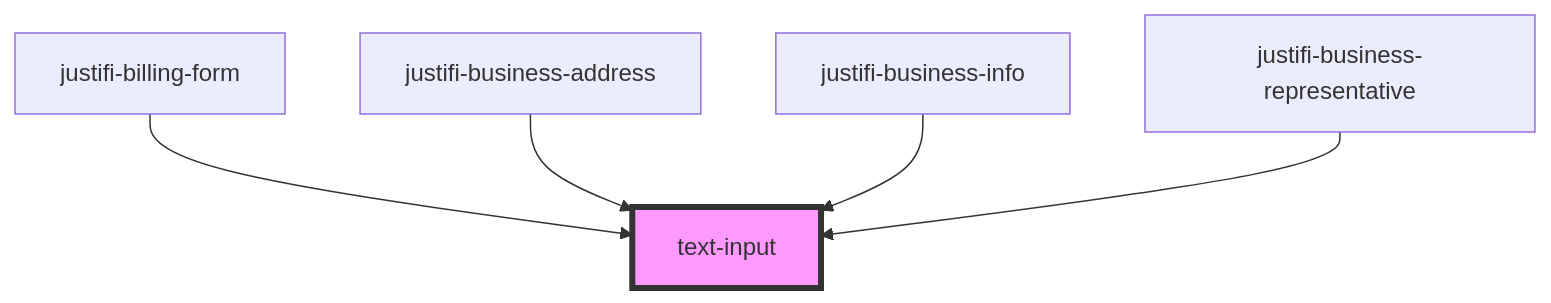
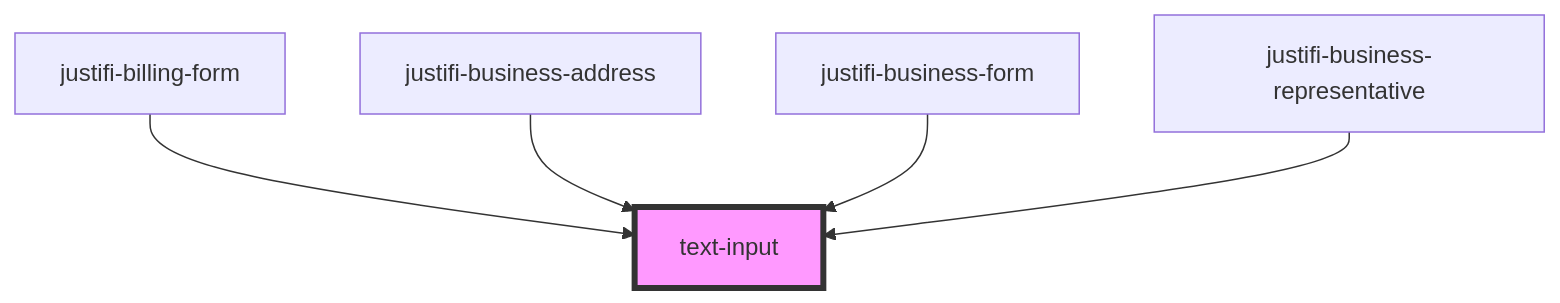
One commit to justifi-tech/web-component-library changed the diagram in stencil-library/src/components/text-input/readme.md. Above: the diagram before and after it, drawn with Mermaid. The commit also changed other lines of this file and 22 other files, not shown here.

Commit message:
rename business-info to business-form

````diff
--- a/stencil-library/src/components/text-input/readme.md
+++ b/stencil-library/src/components/text-input/readme.md
@@ -40,8 +40,8 @@
 ```mermaid
 graph TD;
   justifi-billing-form --> text-input
   justifi-business-address --> text-input
-  justifi-business-info --> text-input
+  justifi-business-form --> text-input
   justifi-business-representative --> text-input
   style text-input fill:#f9f,stroke:#333,stroke-width:4px
 ```
````
